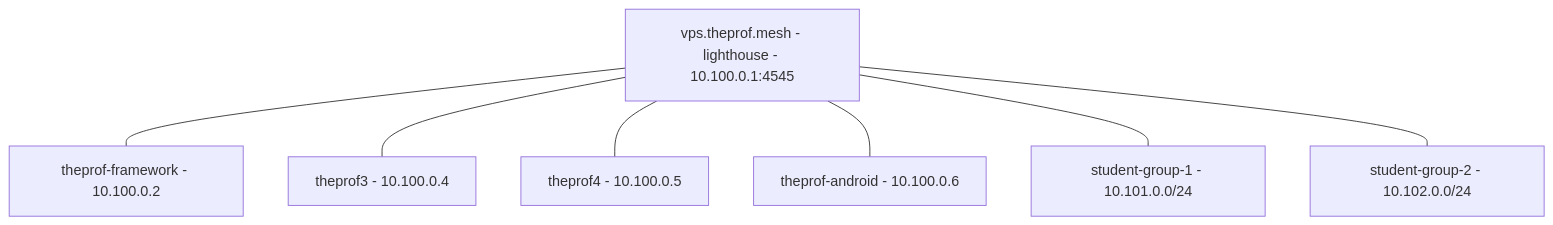
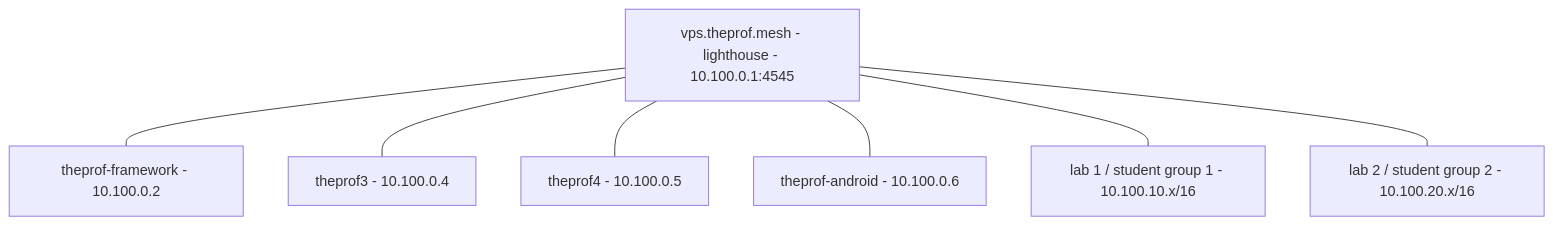
The diagram in docs/user-stories.md (iotempire/nebula-manager), drawn with Mermaid before and after one commit. The commit also changed other lines of this file and 3 other files, not shown here.

````diff
--- a/docs/user-stories.md
+++ b/docs/user-stories.md
@@ -78,16 +136,16 @@
 ```mermaid
 graph TD
   L["vps.theprof.mesh - lighthouse - 10.100.0.1:4545"]
   U1["theprof-framework - 10.100.0.2"]
   U3["theprof3 - 10.100.0.4"]
   U4["theprof4 - 10.100.0.5"]
   P["theprof-android - 10.100.0.6"]
-  G1["student-group-1 - 10.101.0.0/24"]
-  G2["student-group-2 - 10.102.0.0/24"]
+  G1["lab 1 / student group 1 - 10.100.10.x/16"]
+  G2["lab 2 / student group 2 - 10.100.20.x/16"]
   L --- U1
   L --- U3
   L --- U4
   L --- P
   L --- G1
   L --- G2
 ```
````
